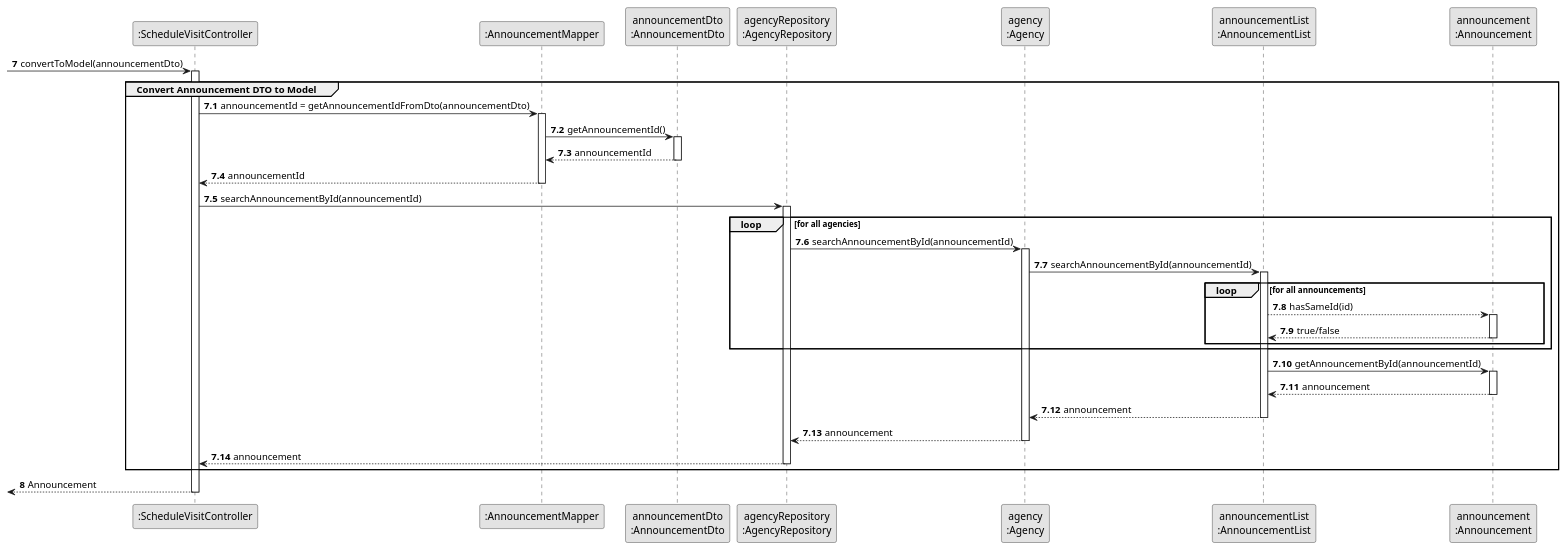
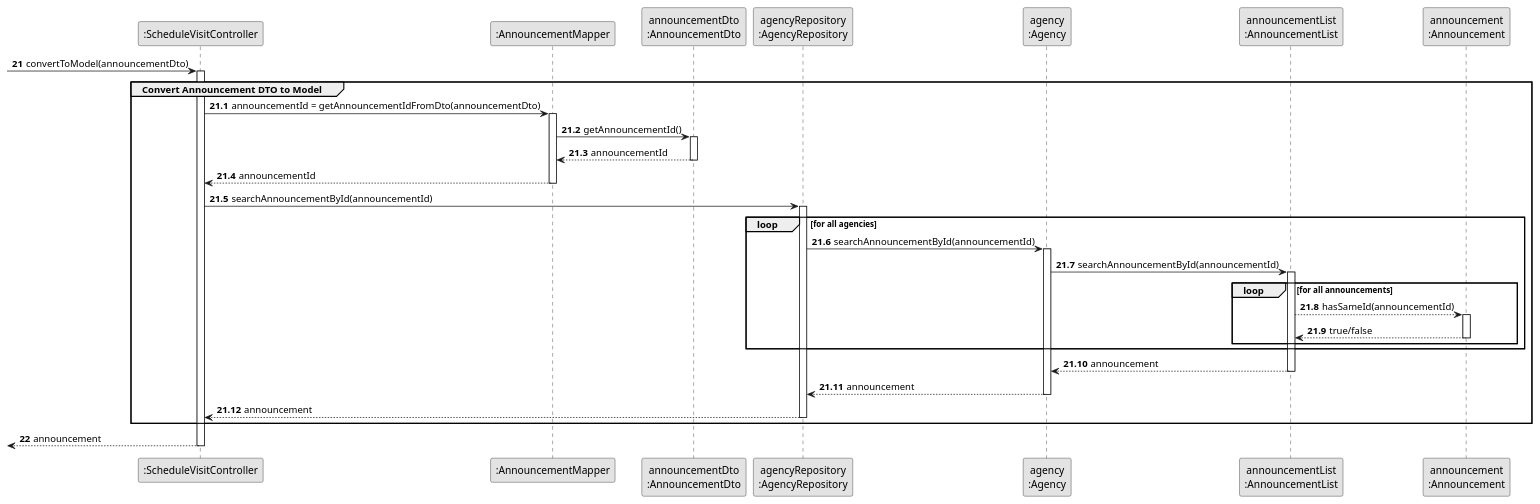
The diagram in docs/sprintC/us009/03.design/puml/us009-sequence-diagram-partial-convert-announcement-DTO-to-Model.puml (rita-barbosa/LAPR2-2223), drawn with PlantUML before and after one commit. The commit also changed 5 other files, not shown here.

```diff
--- a/docs/sprintC/us009/03.design/puml/us009-sequence-diagram-partial-convert-announcement-DTO-to-Model.puml
+++ b/docs/sprintC/us009/03.design/puml/us009-sequence-diagram-partial-convert-announcement-DTO-to-Model.puml
@@ -1,85 +1,79 @@
 @startuml
 skinparam monochrome true
 skinparam packageStyle rectangle
 skinparam shadowing false
 
 
 participant ":ScheduleVisitController" as CTRL
 participant ":AnnouncementMapper" as MAPPER
 participant "announcementDto\n:AnnouncementDto" as ANCDTO
 participant "agencyRepository\n:AgencyRepository" as AgencyRepository
 participant "agency\n:Agency" as AGC
 participant "announcementList\n:AnnouncementList" as LISTCLASS
 participant "announcement\n:Announcement" as ANNOUNCE
 
 
-autonumber 7
+autonumber 21
 
  -> CTRL : convertToModel(announcementDto)
 
 activate CTRL
 
-    autonumber 7.1
+    autonumber 21.1
 
     group Convert Announcement DTO to Model
 
         CTRL -> MAPPER : announcementId = getAnnouncementIdFromDto(announcementDto)
         activate MAPPER
 
         MAPPER -> ANCDTO : getAnnouncementId()
         activate ANCDTO
 
             ANCDTO --> MAPPER : announcementId
         deactivate ANCDTO
 
             MAPPER --> CTRL : announcementId
         deactivate MAPPER
 
         CTRL -> AgencyRepository : searchAnnouncementById(announcementId)
         activate AgencyRepository
 
         loop for all agencies
 
             AgencyRepository -> AGC : searchAnnouncementById(announcementId)
             activate AGC
 
                 AGC -> LISTCLASS : searchAnnouncementById(announcementId)
 
                 loop for all announcements
 
                     activate LISTCLASS
 
-                    LISTCLASS --> ANNOUNCE : hasSameId(id)
+                    LISTCLASS --> ANNOUNCE : hasSameId(announcementId)
 
                     activate ANNOUNCE
 
                         ANNOUNCE --> LISTCLASS : true/false
                     deactivate ANNOUNCE
 
                 end loop
 
         end loop
-
-        LISTCLASS -> ANNOUNCE : getAnnouncementById(announcementId)
-        activate ANNOUNCE
-
-            ANNOUNCE --> LISTCLASS : announcement
-        deactivate ANNOUNCE
 
             LISTCLASS --> AGC : announcement
         deactivate LISTCLASS
 
             AGC --> AgencyRepository : announcement
         deactivate AGC
 
             AgencyRepository --> CTRL : announcement
         deactivate AgencyRepository
 
     end group
 
-    autonumber 8
+    autonumber 22
 
-    <-- CTRL  : Announcement
+    <-- CTRL  : announcement
 deactivate CTRL
 
 @enduml
```
